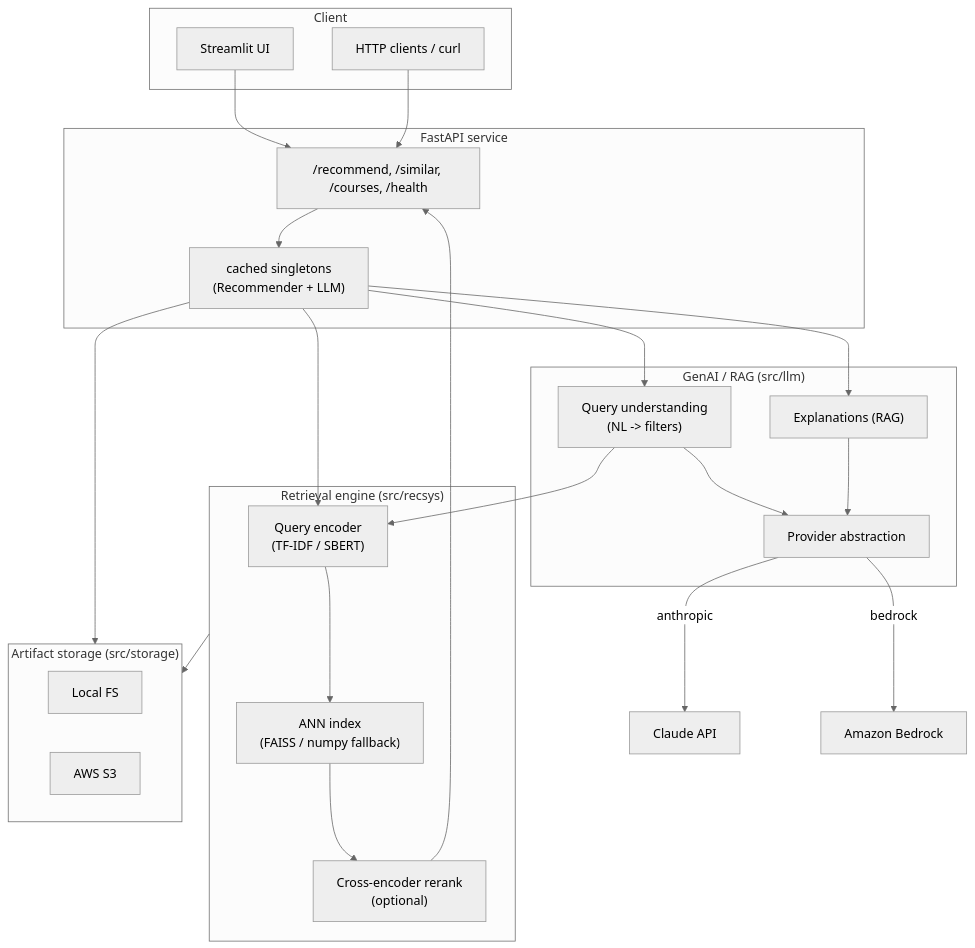
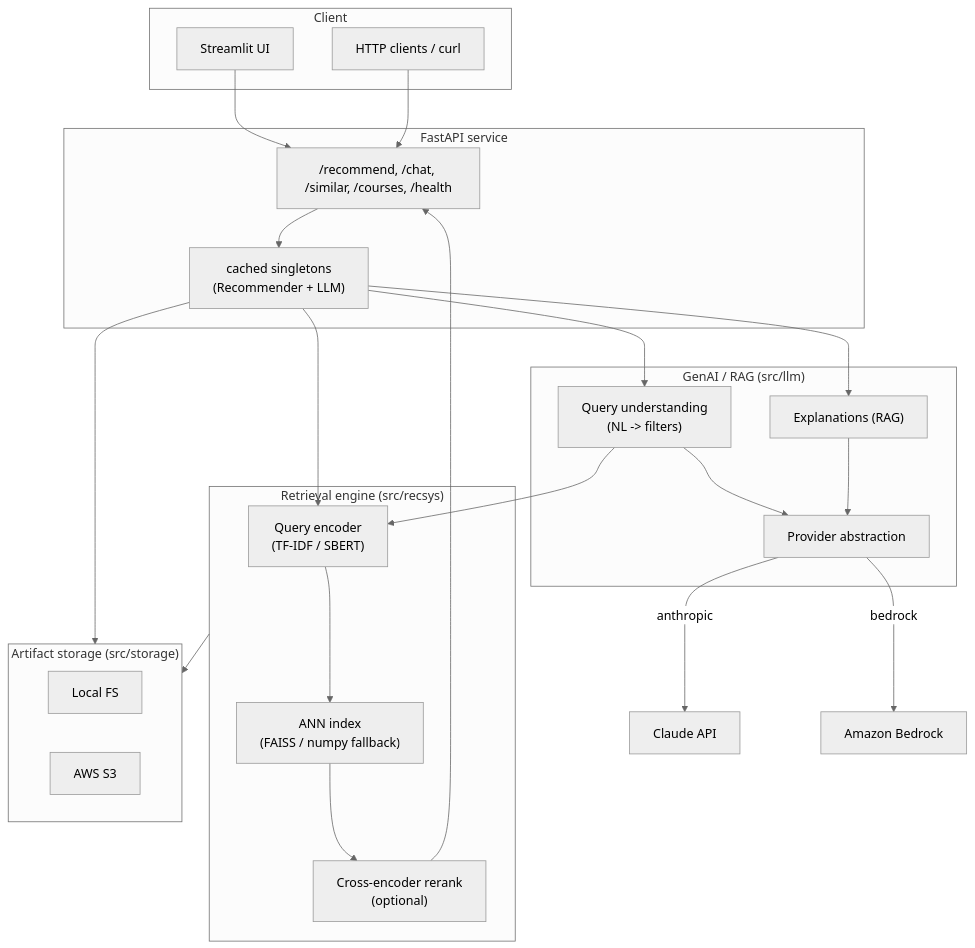
The first of 3 diagrams in docs/architecture.md (KhangPhanTZ/course-recommender-simple), drawn with Mermaid (neutral theme) before and after one commit. The commit also changed other lines of this file and 21 other files, not shown here.

First line of the commit message:
refactor(ui): remove Map + Explore pages, merge Architecture into About

````diff
--- a/docs/architecture.md
+++ b/docs/architecture.md
@@ -9,41 +9,41 @@
 ```mermaid
 flowchart TB
     subgraph Client
         UI["Streamlit UI"]
         Curl["HTTP clients / curl"]
     end
 
     subgraph Serving["FastAPI service"]
-        R["/recommend, /similar, /courses, /health"]
+        R["/recommend, /chat, /similar, /courses, /health"]
         DEP["cached singletons\n(Recommender + LLM)"]
     end
 
     subgraph Engine["Retrieval engine (src/recsys)"]
         ENC["Query encoder\n(TF-IDF / SBERT)"]
         IDX["ANN index\n(FAISS / numpy fallback)"]
         RR["Cross-encoder rerank\n(optional)"]
     end
 
     subgraph GenAI["GenAI / RAG (src/llm)"]
         QU["Query understanding\n(NL -> filters)"]
         EX["Explanations (RAG)"]
         PROV["Provider abstraction"]
     end
 
     subgraph Storage["Artifact storage (src/storage)"]
         LOC["Local FS"]
         S3["AWS S3"]
     end
 
     UI --> R
     Curl --> R
     R --> DEP --> ENC --> IDX --> RR --> R
     DEP --> QU --> ENC
     DEP --> EX
     QU --> PROV
     EX --> PROV
     PROV -->|anthropic| CLAUDE["Claude API"]
     PROV -->|bedrock| BR["Amazon Bedrock"]
     DEP --> Storage
     Engine --> Storage
 ```
````
